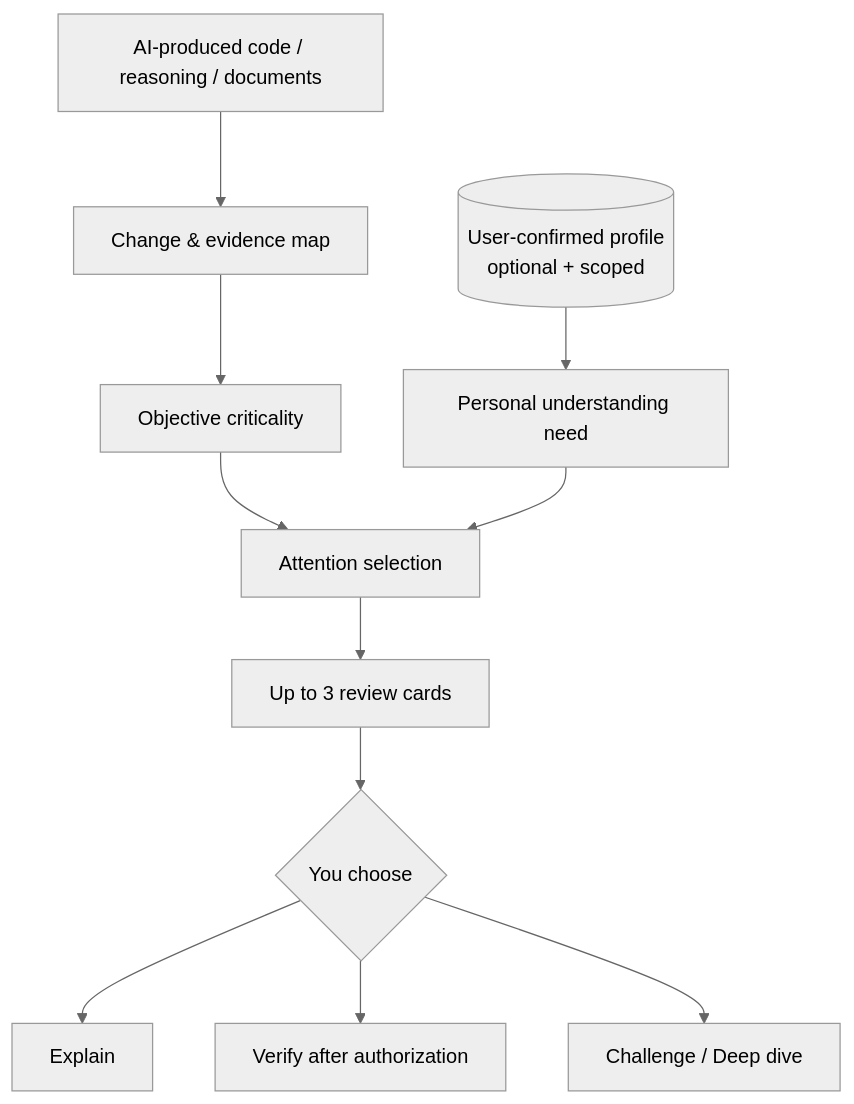
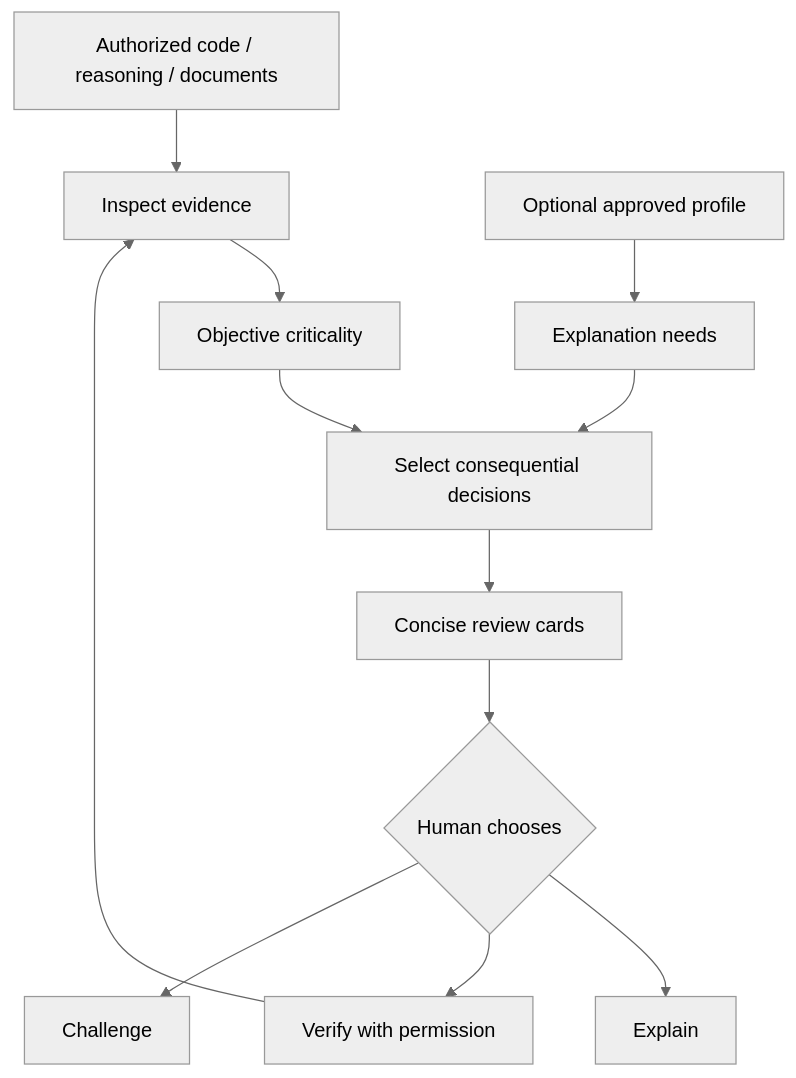
The second of 2 diagrams in README.md (chenyongssss/maris), drawn with Mermaid (neutral theme) before and after one commit. The commit also changed other lines of this file, not shown here.

````diff
--- a/README.md
+++ b/README.md
@@ -186,13 +157,14 @@
 ```mermaid
 flowchart TD
-  A[AI-produced code / reasoning / documents] --> B[Change & evidence map]
+  A[Authorized code / reasoning / documents] --> B[Inspect evidence]
   B --> C[Objective criticality]
-  P[(User-confirmed profile\noptional + scoped)] --> D[Personal understanding need]
-  C --> E[Attention selection]
+  P[Optional approved profile] --> D[Explanation needs]
+  C --> E[Select consequential decisions]
   D --> E
-  E --> F[Up to 3 review cards]
-  F --> G{You choose}
+  E --> F[Concise review cards]
+  F --> G{Human chooses}
   G --> H[Explain]
-  G --> I[Verify after authorization]
-  G --> J[Challenge / Deep dive]
+  G --> I[Verify with permission]
+  G --> J[Challenge]
+  I --> B
 ```
````
